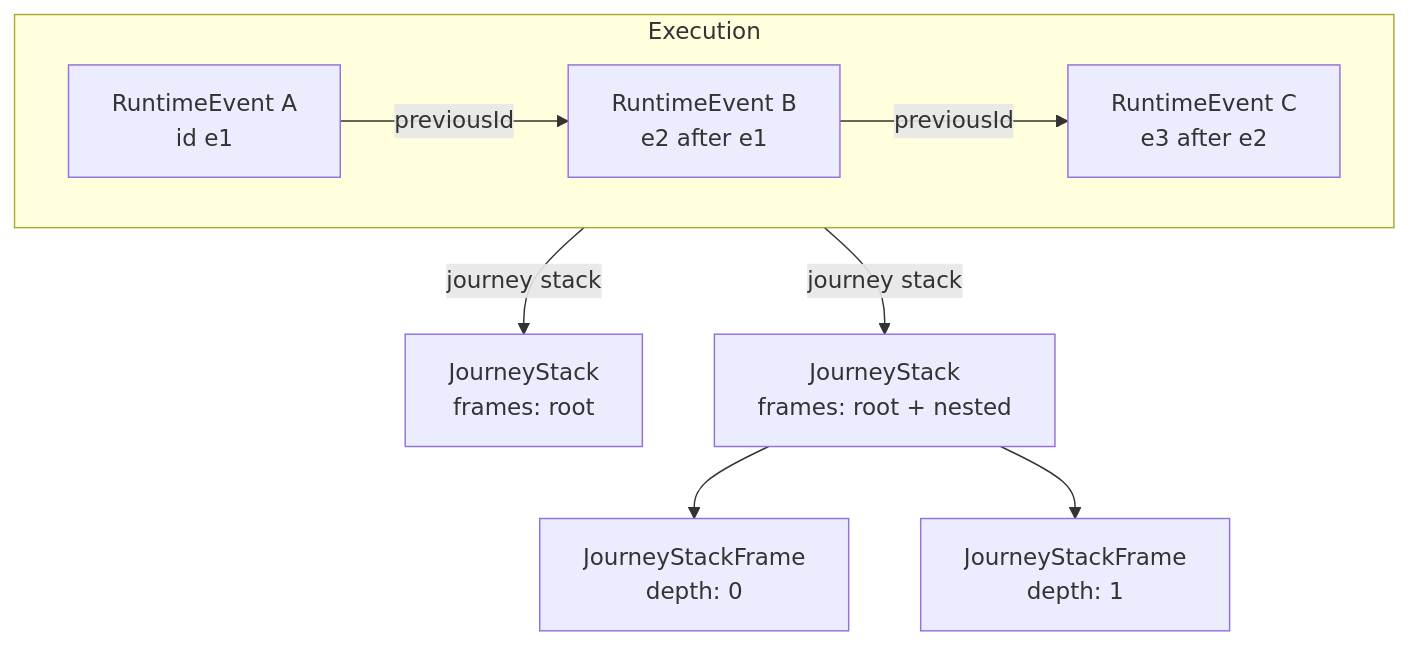
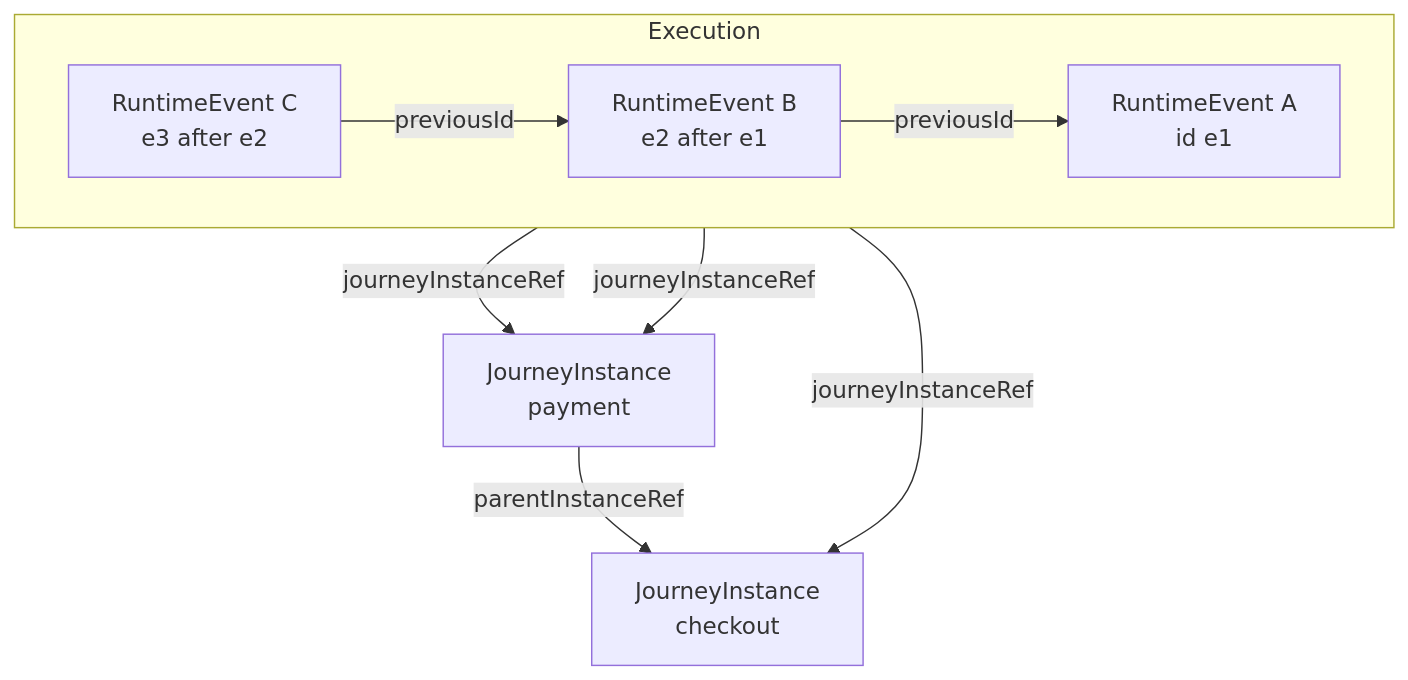
One commit to openuji/spec-ujg changed the diagram in specs/ed/runtime/index.md. Above: the diagram before and after it, drawn with Mermaid. The commit also changed other lines of this file and 8 other files, not shown here.

````diff
--- a/specs/ed/runtime/index.md
+++ b/specs/ed/runtime/index.md
@@ -29,15 +31,15 @@
 ```mermaid
 graph TB
   subgraph JourneyExecution [Execution]
     direction LR
     E1[RuntimeEvent A<br/>id e1]
     E2[RuntimeEvent B<br/>e2 after e1]
     E3[RuntimeEvent C<br/>e3 after e2]
-    E1 -->|previousId| E2
-    E2 -->|previousId| E3
+    E2 -->|previousId| E1
+    E3 -->|previousId| E2
   end
-  E1 -->|journey stack| S1[JourneyStack<br/>frames: root]
-  E2 -->|journey stack| S2[JourneyStack<br/>frames: root + nested]
-  S2 --> F0[JourneyStackFrame<br/>depth: 0]
-  S2 --> F1[JourneyStackFrame<br/>depth: 1]
+  E1 -->|journeyInstanceRef| J1[JourneyInstance<br/>checkout]
+  E2 -->|journeyInstanceRef| J2[JourneyInstance<br/>payment]
+  E3 -->|journeyInstanceRef| J2
+  J2 -->|parentInstanceRef| J1
 ```
````
